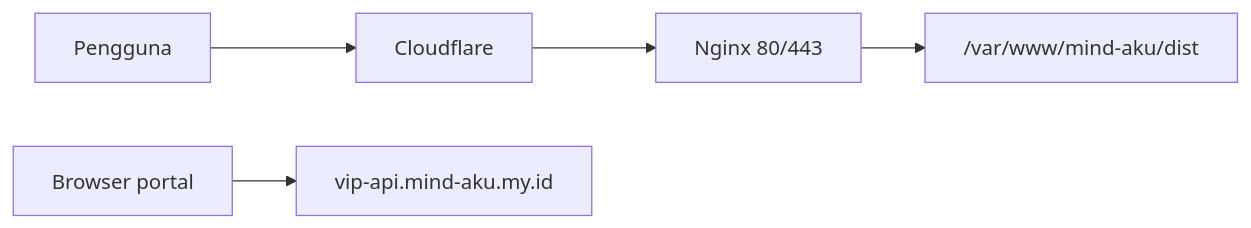
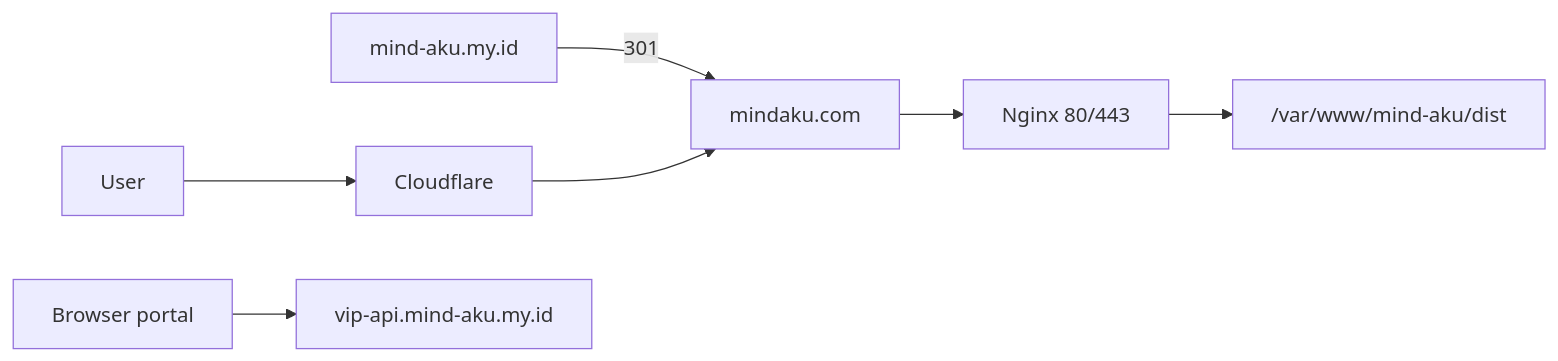
The diagram in docs/production-deploy.md (mikbalvia/mind-aku), drawn with Mermaid before and after one commit. The commit also changed other lines of this file and 1 other file, not shown here.

First line of the commit message:
Document mindaku.com as the canonical portal domain.

````diff
--- a/docs/production-deploy.md
+++ b/docs/production-deploy.md
@@ -23,7 +25,9 @@
 ```mermaid
 flowchart LR
-  User[Pengguna] --> CF[Cloudflare]
-  CF --> Nginx[Nginx 80/443]
+  OldUser[mind-aku.my.id] -->|301| NewPortal[mindaku.com]
+  NewUser[User] --> CF[Cloudflare]
+  CF --> NewPortal
+  NewPortal --> Nginx[Nginx 80/443]
   Nginx --> Dist["/var/www/mind-aku/dist"]
   Browser[Browser portal] --> API["vip-api.mind-aku.my.id"]
 ```
````
